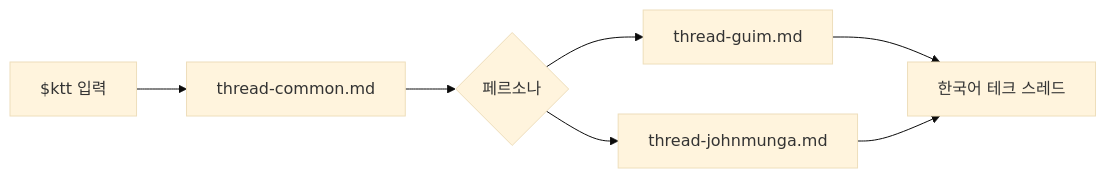
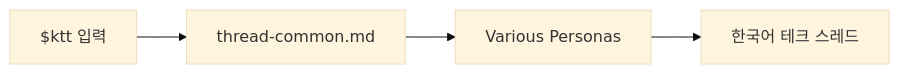
One commit to dextune/korean-tech-threader changed the diagram in README.md. Above: the diagram before and after it, drawn with Mermaid (base theme). The commit also changed other lines of this file and 7 other files, not shown here.

````diff
--- a/README.md
+++ b/README.md
@@ -125,9 +128,6 @@
 ```mermaid
 flowchart LR
     A["$ktt 입력"] --> B["thread-common.md"]
-    B --> C{"페르소나"}
-    C --> D["thread-guim.md"]
-    C --> E["thread-johnmunga.md"]
-    D --> F["한국어 테크 스레드"]
-    E --> F
+    B --> C["Various Personas"]
+    C --> D["한국어 테크 스레드"]
 ```
````
